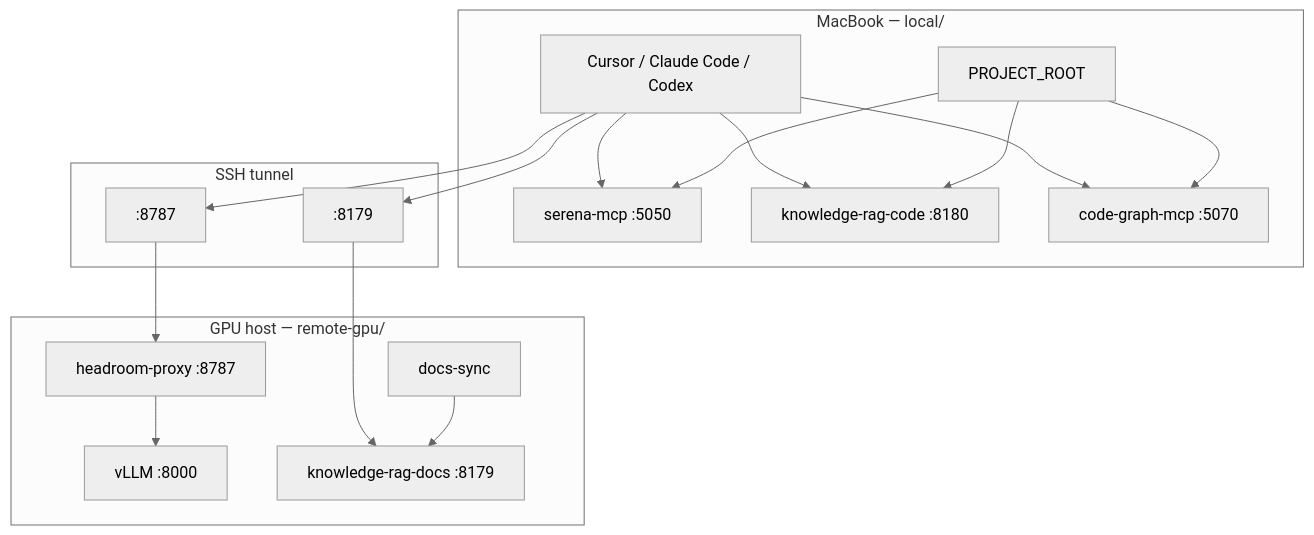
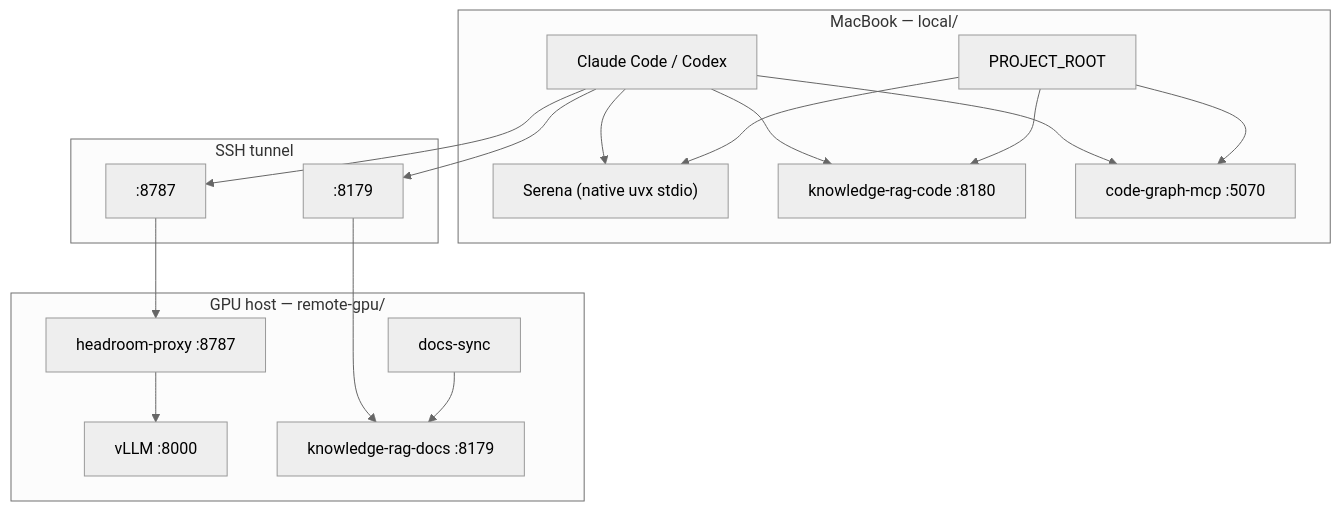
One commit to anujvns2007/hyper-agent changed the diagram in README.md. Above: the diagram before and after it, drawn with Mermaid (neutral theme). The commit also changed other lines of this file and 10 other files, not shown here.

````diff
--- a/README.md
+++ b/README.md
@@ -9,37 +9,37 @@
 ```mermaid
 flowchart TB
   subgraph mac["MacBook — local/"]
-    IDE["Cursor / Claude Code / Codex"]
-    SER["serena-mcp :5050"]
+    IDE["Claude Code / Codex"]
+    SER["Serena (native uvx stdio)"]
     KRC["knowledge-rag-code :8180"]
     REPO["PROJECT_ROOT"]
     CG["code-graph-mcp :5070"]
 
     REPO --> SER
     REPO --> KRC
     REPO --> CG
     IDE --> SER
     IDE --> KRC
     IDE --> CG
   end
 
   subgraph tunnel["SSH tunnel"]
     T8787[":8787"]
     T8179[":8179"]
   end
 
   subgraph gpu["GPU host — remote-gpu/"]
     HR["headroom-proxy :8787"]
     VLLM["vLLM :8000"]
     KRD["knowledge-rag-docs :8179"]
     SYNC["docs-sync"]
 
     HR --> VLLM
     SYNC --> KRD
   end
 
   IDE --> T8787
   IDE --> T8179
   T8787 --> HR
   T8179 --> KRD
 ```
````
